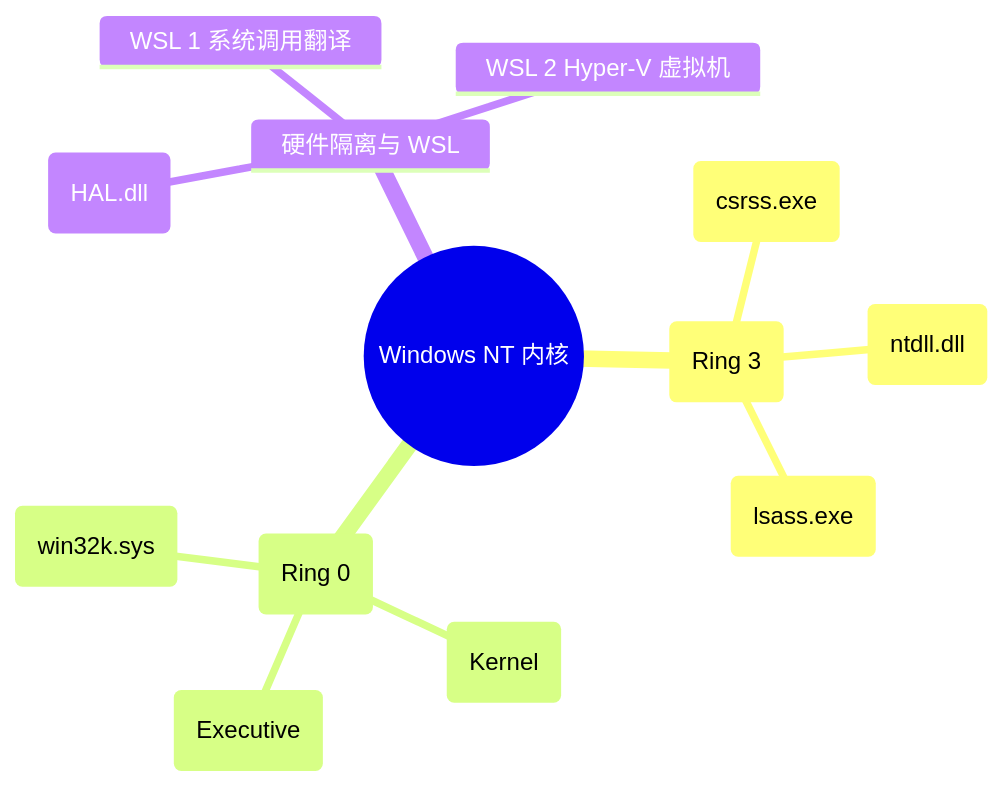
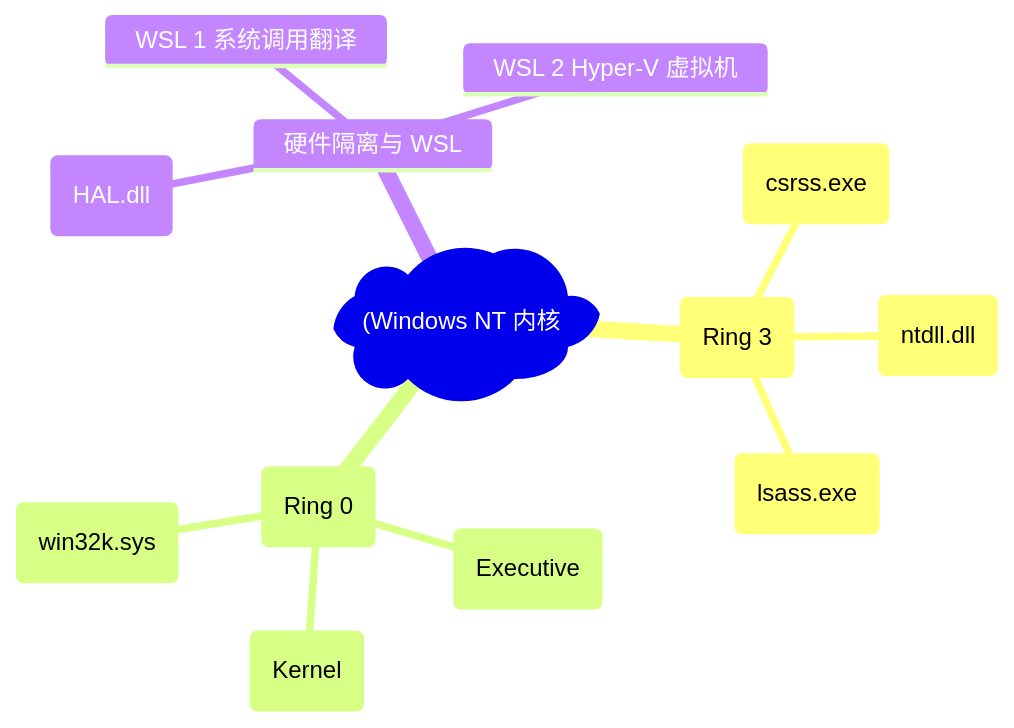
One commit to koosai/AI-Architect-Learning changed the second of 8 diagrams in docs/atlas/windows-nt.mdx. Above: the diagram before and after it, drawn with Mermaid. The commit also changed other lines of this file and 187 other files, not shown here.

Commit message:
fix(mermaid): fix all unquoted parens and edge label syntax errors across all docs

````diff
--- a/docs/atlas/windows-nt.mdx
+++ b/docs/atlas/windows-nt.mdx
@@ -73,16 +73,16 @@
 ```mermaid
 mindmap
-  root((Windows NT 内核))
+  root("(Windows NT 内核"))
     用户态 (Ring 3)
       环境子系统 (csrss.exe)
       系统服务 DLL (ntdll.dll)
       安全子系统 (lsass.exe)
     内核态 (Ring 0)
       NT 执行体 (Executive)
       微内核调度器 (Kernel)
       图形子系统 (win32k.sys)
     硬件隔离与 WSL
       硬件抽象层 (HAL.dll)
       WSL 1 系统调用翻译
       WSL 2 Hyper-V 虚拟机
 ```
````
